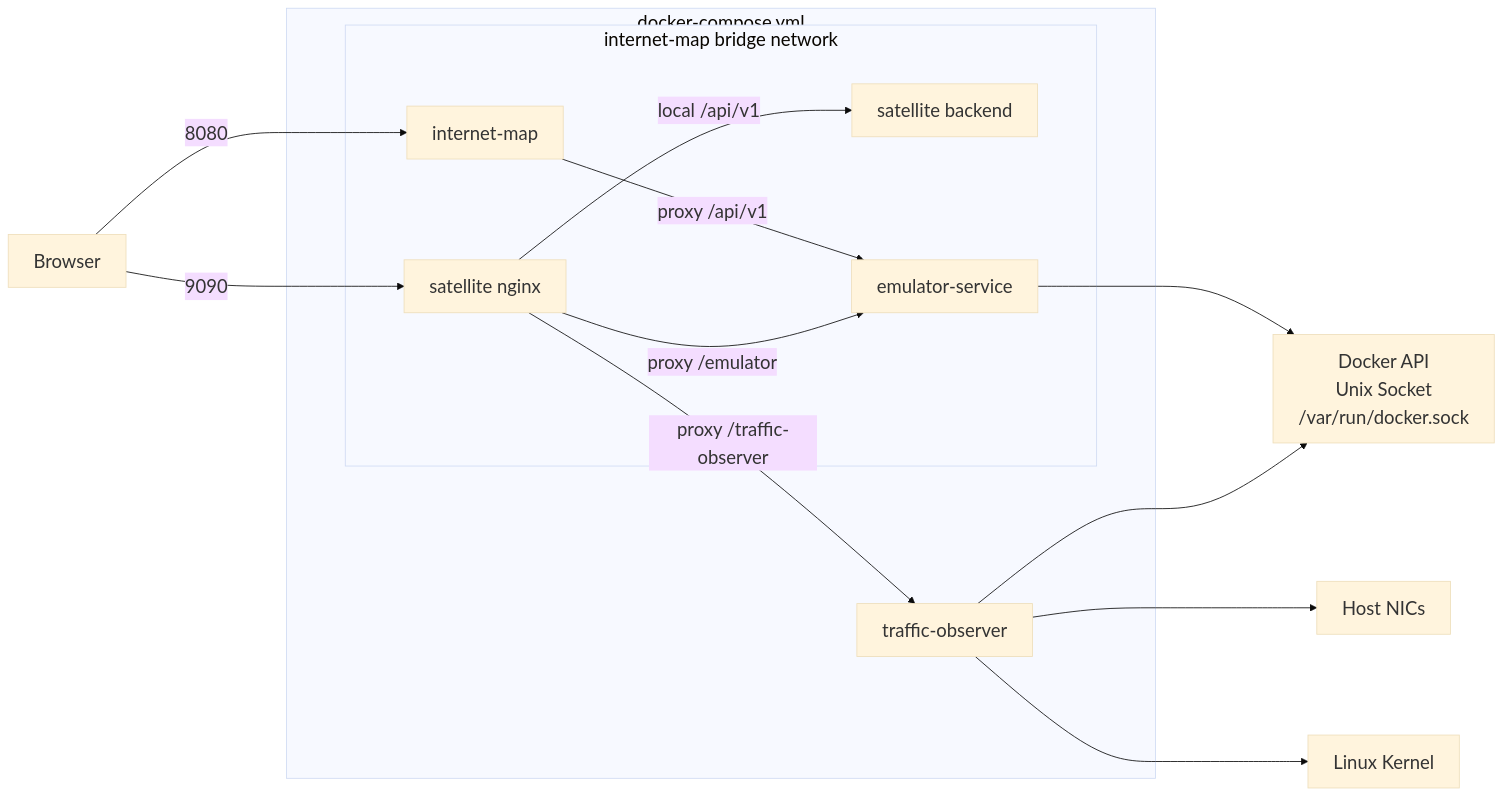
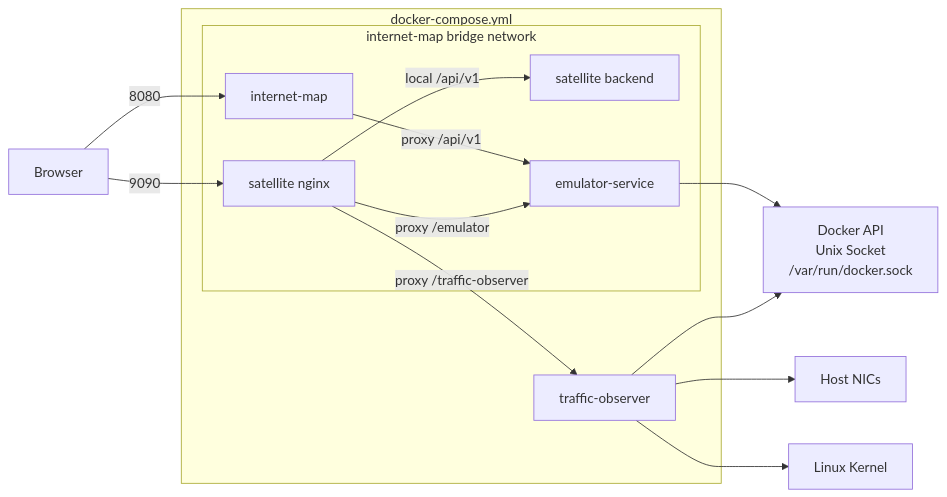
One commit to cy-gitlab/seed-visualization changed the second of 10 diagrams in docs/architecture.md. Above: the diagram before and after it, drawn with Mermaid.

````diff
--- a/docs/architecture.md
+++ b/docs/architecture.md
@@ -48,33 +48,33 @@
 ```mermaid
-%%{init: {"theme": "base", "themeVariables": {"fontSize": "22px", "fontFamily": "Arial, Microsoft YaHei, sans-serif"}, "flowchart": {"htmlLabels": true, "nodeSpacing": 120, "rankSpacing": 140, "diagramPadding": 36, "wrappingWidth": 180, "curve": "basis"}} }%%
+%%{init: {"flowchart": {"useMaxWidth": true, "htmlLabels": true}} }%%
 flowchart LR
   Browser["Browser"]
 
   subgraph Compose["docker-compose.yml"]
     subgraph Net["internet-map bridge network"]
       InternetMapC["internet-map"]
       SatelliteNginx["satellite nginx"]
       SatelliteBackend["satellite backend"]
       EmulatorC["emulator-service"]
     end
 
     TrafficC["traffic-observer"]
   end
 
   DockerAPI["Docker API<br/>Unix Socket<br/>/var/run/docker.sock"]
   HostNet["Host NICs"]
   Kernel["Linux Kernel"]
 
   Browser -->|"8080"| InternetMapC
   Browser -->|"9090"| SatelliteNginx
 
   InternetMapC -->|"proxy /api/v1"| EmulatorC
   SatelliteNginx -->|"local /api/v1"| SatelliteBackend
   SatelliteNginx -->|"proxy /emulator"| EmulatorC
   SatelliteNginx -->|"proxy /traffic-observer"| TrafficC
 
   EmulatorC --> DockerAPI
   TrafficC --> DockerAPI
   TrafficC --> HostNet
   TrafficC --> Kernel
 ```
````
